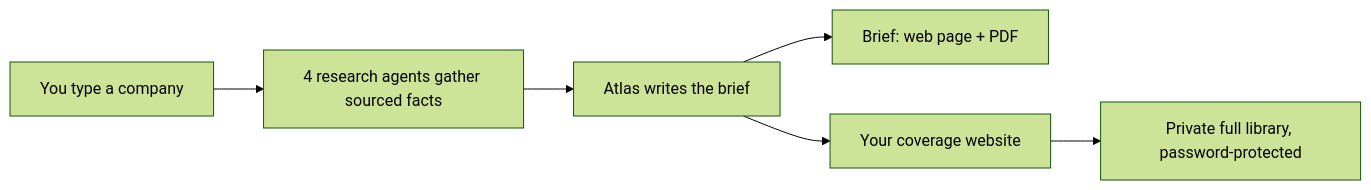
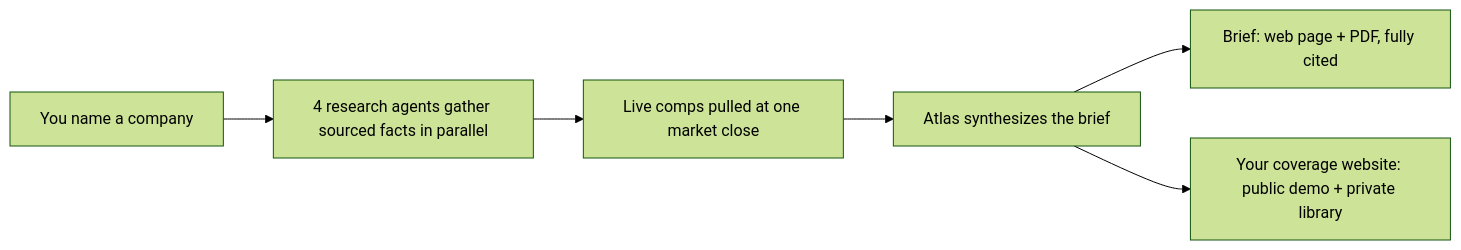
The diagram in README.md (Agrimd15/atlas), drawn with Mermaid (forest theme) before and after one commit. The commit also changed other lines of this file and 122 other files, not shown here.

````diff
--- a/README.md
+++ b/README.md
@@ -21,8 +38,8 @@
 ```mermaid
 flowchart LR
-  A[You type a company] --> B[4 research agents gather sourced facts]
-  B --> C[Atlas writes the brief]
-  C --> D[Brief: web page + PDF]
-  C --> E[Your coverage website]
-  E --> F[Private full library, password-protected]
+  A[You name a company] --> B[4 research agents gather sourced facts in parallel]
+  B --> C[Live comps pulled at one market close]
+  C --> D[Atlas synthesizes the brief]
+  D --> E[Brief: web page + PDF, fully cited]
+  D --> F[Your coverage website: public demo + private library]
 ```
````
